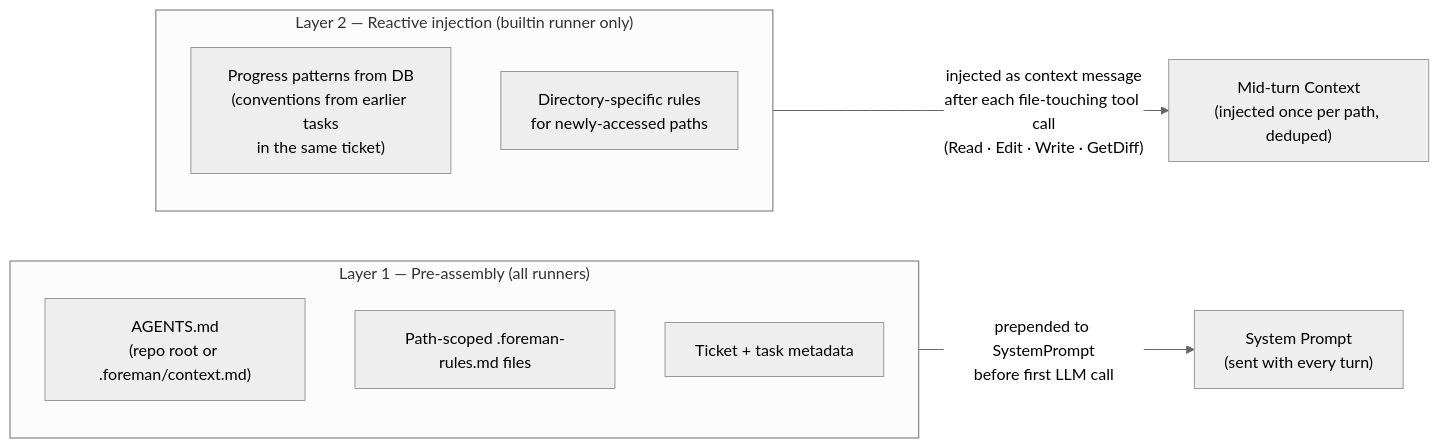
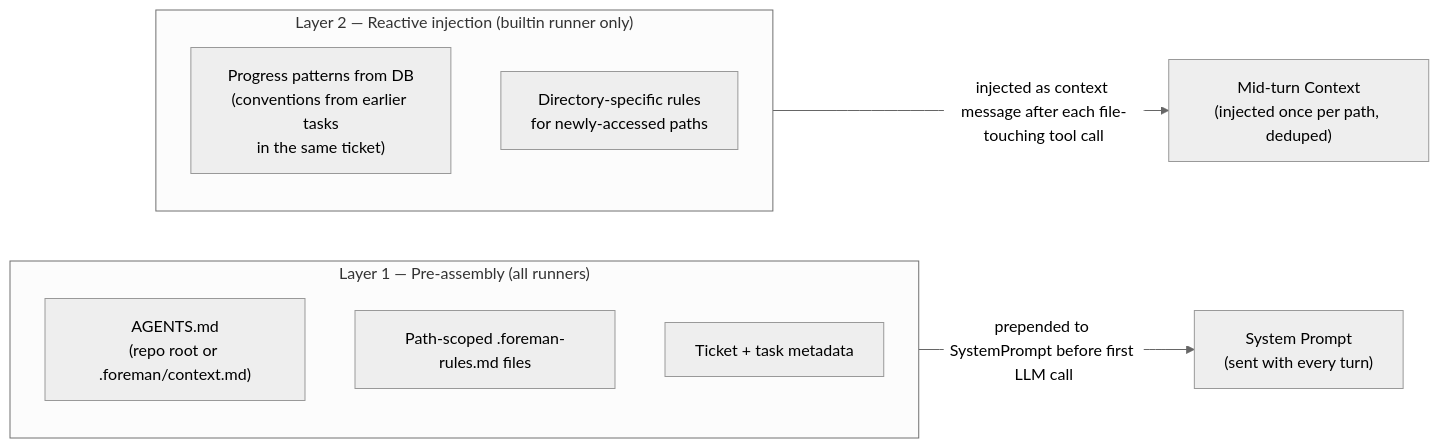
The second of 2 diagrams in docs/agent-runner.md (canhta/foreman), drawn with Mermaid (neutral theme) before and after one commit. The commit also changed 10 other files, not shown here.

````diff
--- a/docs/agent-runner.md
+++ b/docs/agent-runner.md
@@ -125,16 +125,16 @@
 ```mermaid
 flowchart LR
     subgraph L1["Layer 1 — Pre-assembly  (all runners)"]
-        A["AGENTS.md\n(repo root or .foreman/context.md)"]
+        A["AGENTS.md<br/>(repo root or .foreman/context.md)"]
         B["Path-scoped .foreman-rules.md files"]
         C["Ticket + task metadata"]
     end
 
     subgraph L2["Layer 2 — Reactive injection  (builtin runner only)"]
-        D["Progress patterns from DB\n(conventions from earlier tasks\nin the same ticket)"]
-        E["Directory-specific rules\nfor newly-accessed paths"]
+        D["Progress patterns from DB<br/>(conventions from earlier tasks<br/>in the same ticket)"]
+        E["Directory-specific rules<br/>for newly-accessed paths"]
     end
 
-    L1 -- "prepended to SystemPrompt\nbefore first LLM call" --> SYS["System Prompt\n(sent with every turn)"]
-    L2 -- "injected as context message\nafter each file-touching tool call\n(Read · Edit · Write · GetDiff)" --> MID["Mid-turn Context\n(injected once per path, deduped)"]
+    L1 -- "prepended to SystemPrompt before first LLM call" --> SYS["System Prompt<br/>(sent with every turn)"]
+    L2 -- "injected as context message after each file-touching tool call" --> MID["Mid-turn Context<br/>(injected once per path, deduped)"]
 ```
````
